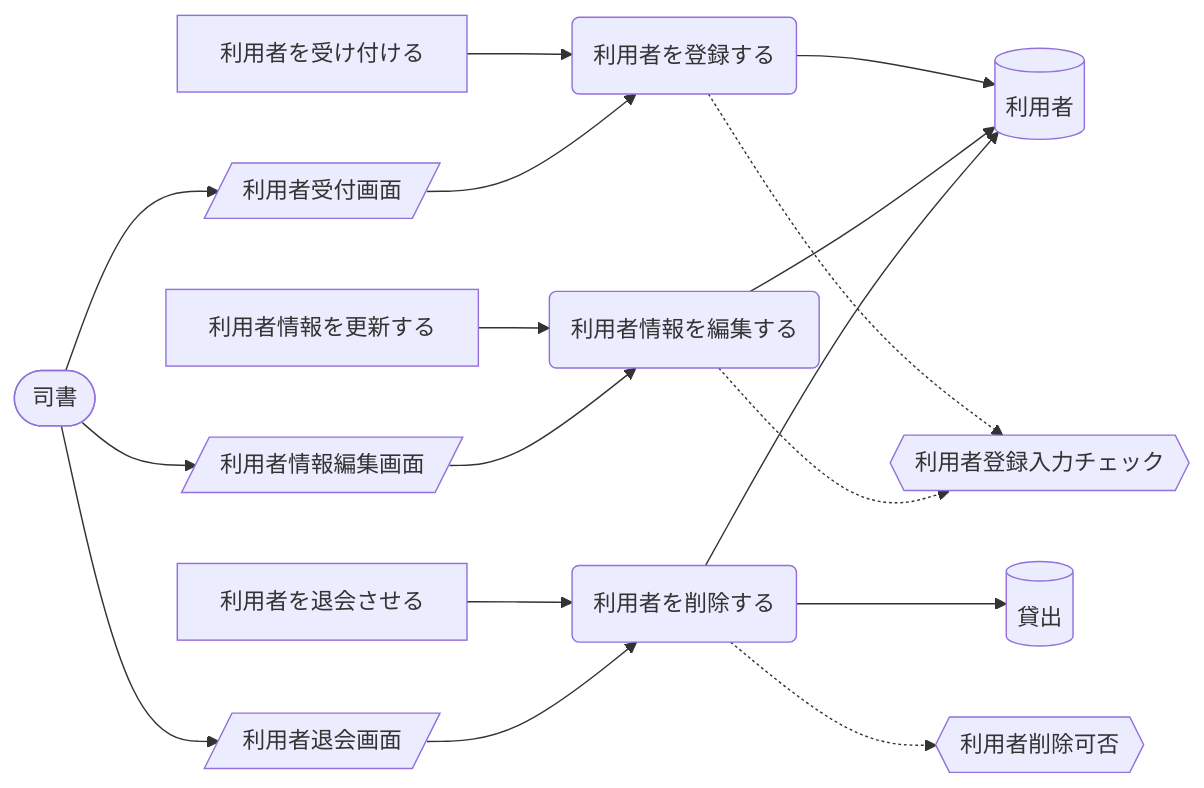
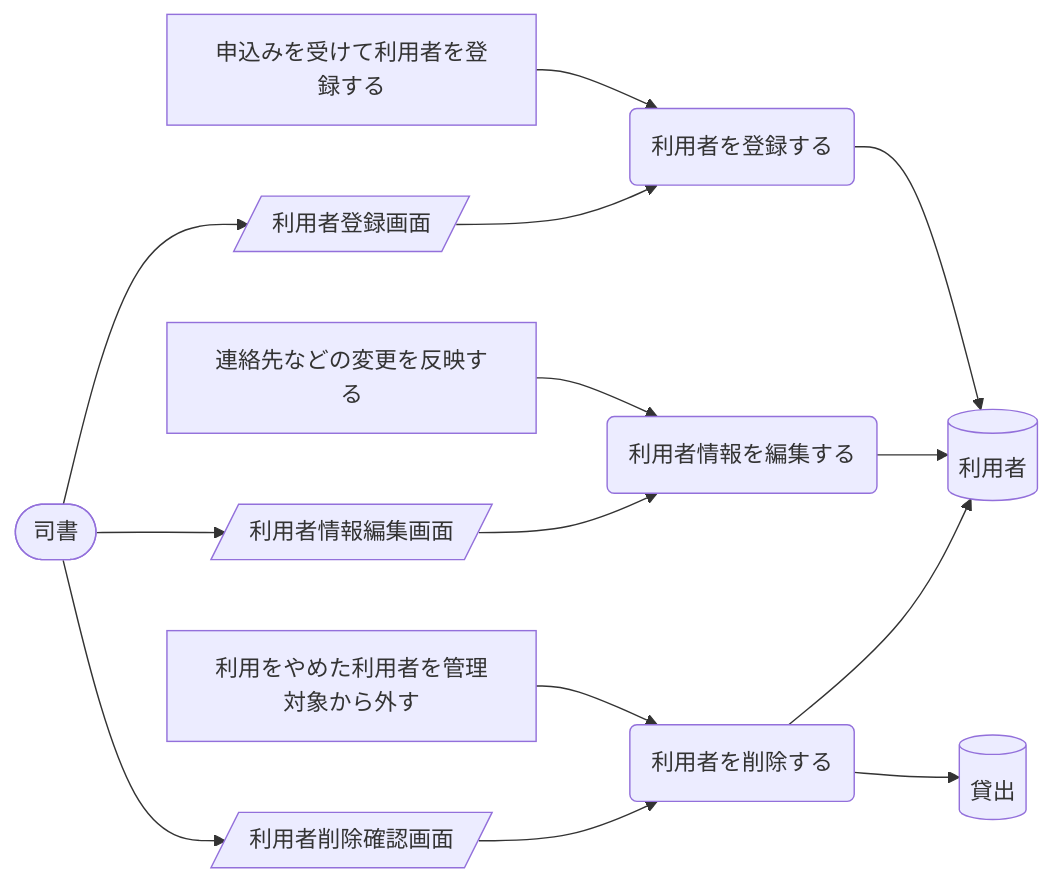
Before and after one commit to suwa-sh/suwa-sh-claude-plugins: the third of 9 diagrams in samples/distillery2/library-loan/docs/requirements/rdra/views/04_UC複合図.md, drawn with Mermaid. The commit also changed other lines of this file and 249 other files, not shown here.

````diff
--- a/samples/distillery2/library-loan/docs/requirements/rdra/views/04_UC複合図.md
+++ b/samples/distillery2/library-loan/docs/requirements/rdra/views/04_UC複合図.md
@@ -114,33 +102,28 @@
 ```mermaid
 graph LR
   UC1("利用者を登録する")
-  AT1["利用者を受け付ける"]
+  AT1["申込みを受けて利用者を登録する"]
   IF1[("利用者")]
-  CD1{{"利用者登録入力チェック"}}
-  SC1[/"利用者受付画面"/]
+  SC1[/"利用者登録画面"/]
   AC1(["司書"])
   UC2("利用者情報を編集する")
-  AT2["利用者情報を更新する"]
+  AT2["連絡先などの変更を反映する"]
   SC2[/"利用者情報編集画面"/]
   UC3("利用者を削除する")
-  AT3["利用者を退会させる"]
+  AT3["利用をやめた利用者を管理対象から外す"]
   IF2[("貸出")]
-  CD2{{"利用者削除可否"}}
-  SC3[/"利用者退会画面"/]
+  SC3[/"利用者削除確認画面"/]
   AT1 --> UC1
   UC1 --> IF1
-  UC1 -.-> CD1
   AC1 --> SC1
   SC1 --> UC1
   AT2 --> UC2
   UC2 --> IF1
-  UC2 -.-> CD1
   AC1 --> SC2
   SC2 --> UC2
   AT3 --> UC3
   UC3 --> IF1
   UC3 --> IF2
-  UC3 -.-> CD2
   AC1 --> SC3
   SC3 --> UC3
 ```
````
